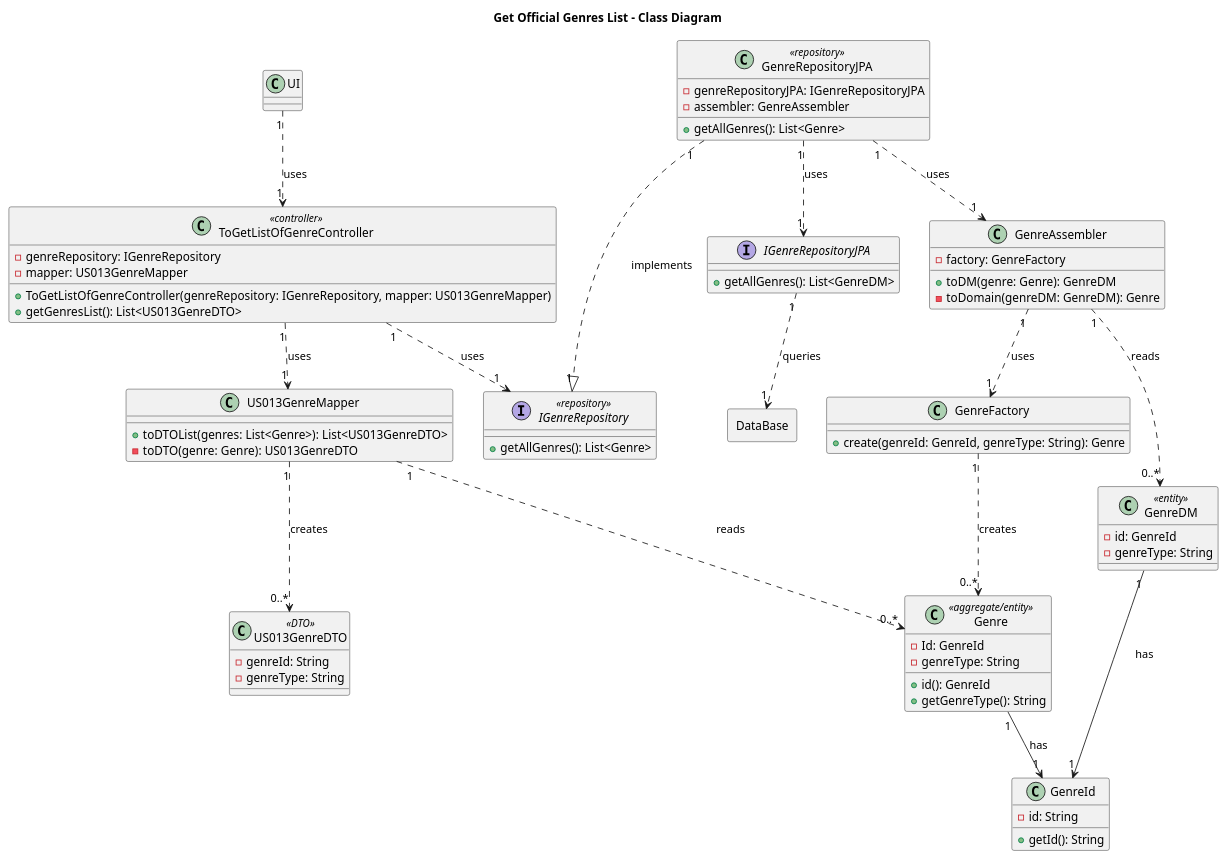
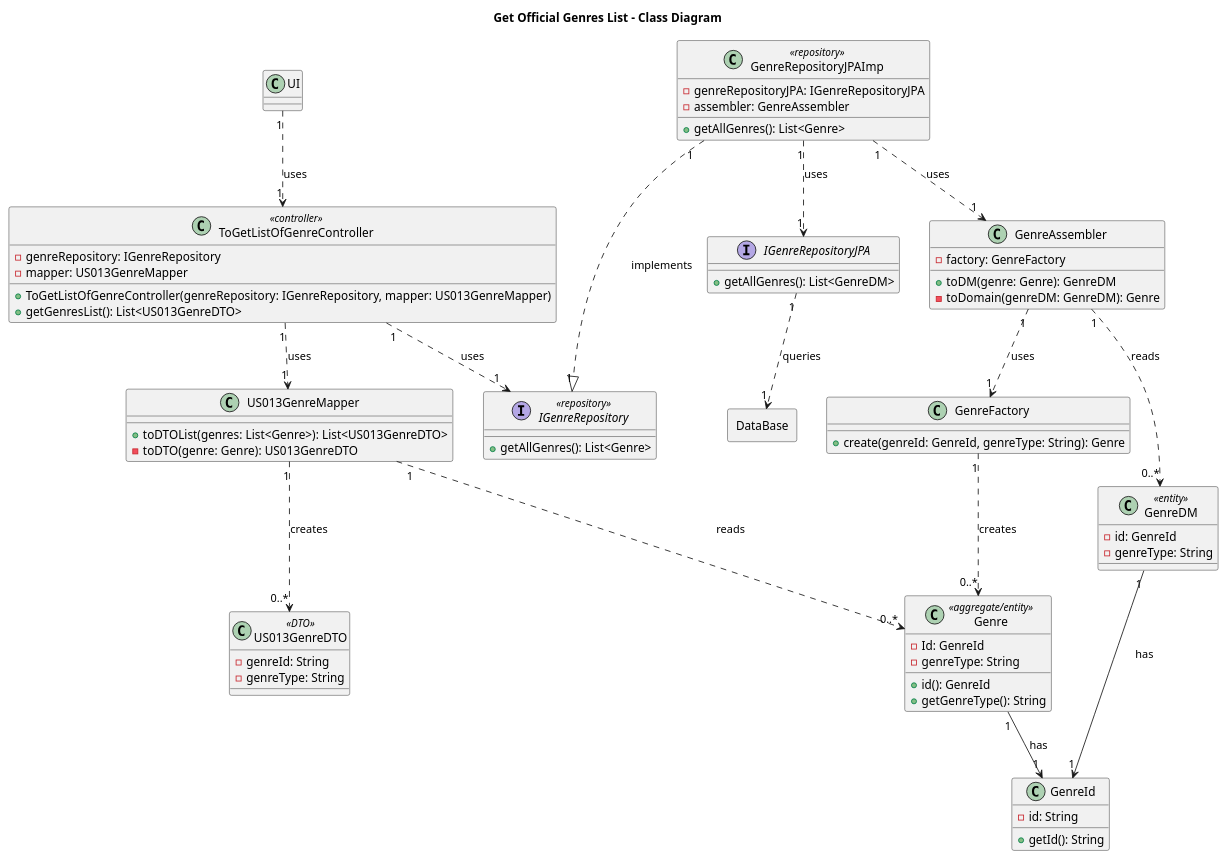
One commit to AndrePereiraGitH/SWitCH-Project-Team_A changed the diagram in Diagrams/ClassDiagrams/To-get-official-genres-list.puml. Above: the diagram before and after it, drawn with PlantUML.

Commit message:
Doc(#692): fix name of class in SD

```diff
--- a/Diagrams/ClassDiagrams/To-get-official-genres-list.puml
+++ b/Diagrams/ClassDiagrams/To-get-official-genres-list.puml
@@ -1,101 +1,101 @@
 @startuml
 title Get Official Genres List - Class Diagram
 top to bottom direction
 class ToGetListOfGenreController << controller >>
 interface IGenreRepository << repository >>
-class GenreRepositoryJPA << repository >>
+class GenreRepositoryJPAImp << repository >>
 class GenreDM << entity >>
 class Genre << aggregate/entity >>
 class US013GenreDTO << DTO >>
 ' ── UI Layer ───────────────────────────────────────────────
 class UI {
 }
 
 ' ── Application Layer ──────────────────────────────────────
 class ToGetListOfGenreController {
     - genreRepository: IGenreRepository
     - mapper: US013GenreMapper
     + ToGetListOfGenreController(genreRepository: IGenreRepository, mapper: US013GenreMapper)
     + getGenresList(): List<US013GenreDTO>
 }
 
 class US013GenreMapper {
     + toDTOList(genres: List<Genre>): List<US013GenreDTO>
     - toDTO(genre: Genre): US013GenreDTO
 }
 
 class US013GenreDTO {
     - genreId: String
     - genreType: String
 }
 
 ' ── Domain Layer ───────────────────────────────────────────
 interface IGenreRepository {
     + getAllGenres(): List<Genre>
 }
 
 class Genre {
     - Id: GenreId
     - genreType: String
     + id(): GenreId
     + getGenreType(): String
 }
 
 class GenreId {
     - id: String
     + getId(): String
 }
 
 class GenreFactory {
     + create(genreId: GenreId, genreType: String): Genre
 }
 
 ' ── Infrastructure Layer ───────────────────────────────────
-class GenreRepositoryJPA {
+class GenreRepositoryJPAImp {
     - genreRepositoryJPA: IGenreRepositoryJPA
     - assembler: GenreAssembler
     + getAllGenres(): List<Genre>
 }
 
 interface IGenreRepositoryJPA {
     + getAllGenres(): List<GenreDM>
 }
 
 class GenreAssembler {
     - factory: GenreFactory
     + toDM(genre: Genre): GenreDM
     - toDomain(genreDM: GenreDM): Genre
 }
 
 class GenreDM {
     - id: GenreId
     - genreType: String
 }
 
 Rectangle DataBase {
 }
 
 ' ── Relationships ──────────────────────────────────────────
 UI "1" ..> "1" ToGetListOfGenreController : uses
 
 ToGetListOfGenreController "1" ..> "1" IGenreRepository : uses
 ToGetListOfGenreController "1" ..> "1" US013GenreMapper : uses
 
 US013GenreMapper "1" ..> "0..*" Genre : reads
 US013GenreMapper "1" ..> "0..*" US013GenreDTO : creates
 
-GenreRepositoryJPA "1" ..|> "1" IGenreRepository : implements
-GenreRepositoryJPA "1" ..> "1" IGenreRepositoryJPA : uses
-GenreRepositoryJPA "1" ..> "1" GenreAssembler : uses
+GenreRepositoryJPAImp "1" ..|> "1" IGenreRepository : implements
+GenreRepositoryJPAImp "1" ..> "1" IGenreRepositoryJPA : uses
+GenreRepositoryJPAImp "1" ..> "1" GenreAssembler : uses
 
 IGenreRepositoryJPA "1" ..> "1" DataBase : queries
 
 GenreAssembler "1" ..> "0..*" GenreDM : reads
 GenreAssembler "1" ..> "1" GenreFactory : uses
 
 GenreFactory "1" ..> "0..*" Genre : creates
 
 Genre "1" --> "1" GenreId : has
 GenreDM "1" --> "1" GenreId : has
 
 @enduml
```
